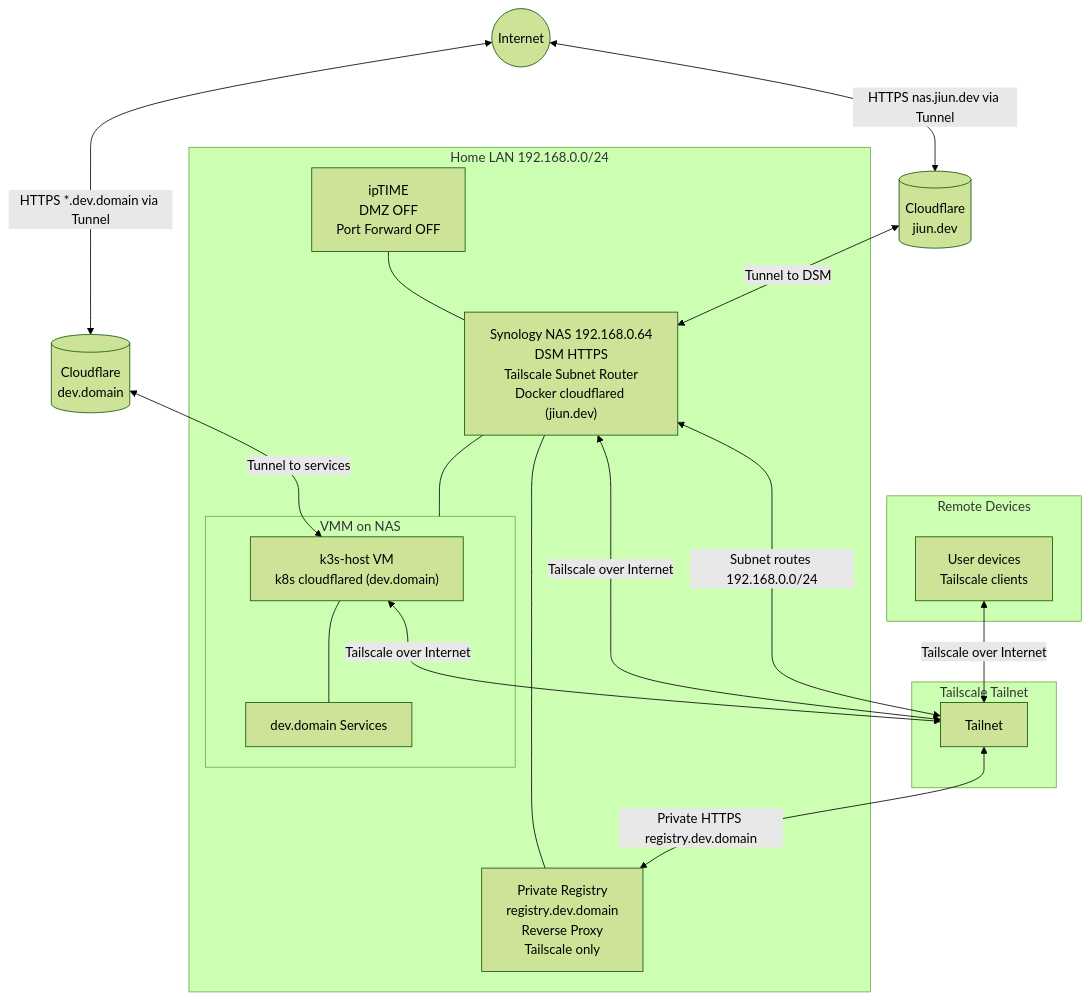
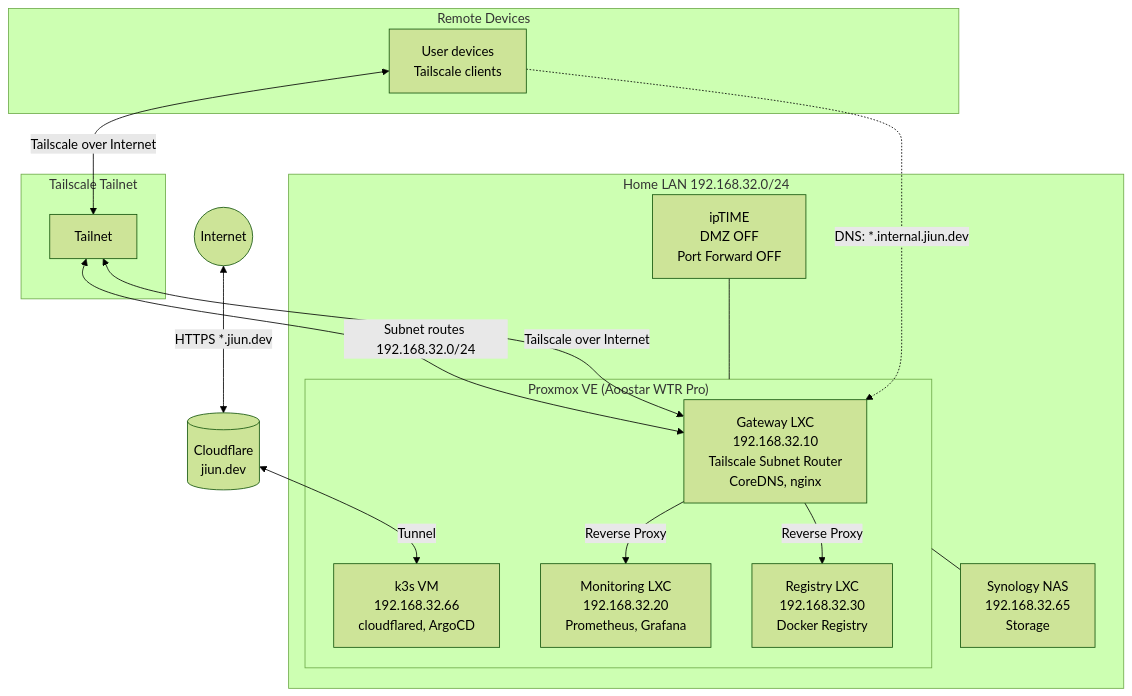
Before and after one commit to jiunbae/jiunbae.github.io: the second of 2 diagrams in contents/posts/2025-12-12-home-dev/index.md, drawn with Mermaid (forest theme). The commit also changed other lines of this file, not shown here.

First line of the commit message:
docs: Home Dev 글 보강 - 현재 구성, Split DNS, 보안 관점

````diff
--- a/contents/posts/2025-12-12-home-dev/index.md
+++ b/contents/posts/2025-12-12-home-dev/index.md
@@ -75,52 +75,51 @@
 ```mermaid
 flowchart TB
   Internet((Internet))
 
-  CF_J[(Cloudflare<br/>jiun.dev)]
-  CF_I[(Cloudflare<br/>dev.domain)]
+  CF[(Cloudflare<br/>jiun.dev)]
 
   subgraph TAILNET["Tailscale Tailnet"]
     TS["Tailnet"]
   end
 
   subgraph DEV["Remote Devices"]
     DEVICES["User devices<br/>Tailscale clients"]
   end
 
-  subgraph HOME["Home LAN 192.168.0.0/24"]
+  subgraph HOME["Home LAN 192.168.32.0/24"]
     IPTIME["ipTIME<br/>DMZ OFF<br/>Port Forward OFF"]
 
-    NAS["Synology NAS 192.168.0.64<br/>DSM HTTPS<br/>Tailscale Subnet Router<br/>Docker cloudflared (jiun.dev)"]
+    subgraph PROXMOX["Proxmox VE (Aoostar WTR Pro)"]
+      GW["Gateway LXC<br/>192.168.32.10<br/>Tailscale Subnet Router<br/>CoreDNS, nginx"]
 
-    REG["Private Registry<br/>registry.dev.domain<br/>Reverse Proxy<br/>Tailscale only"]
+      MON["Monitoring LXC<br/>192.168.32.20<br/>Prometheus, Grafana"]
 
-    subgraph VMM["VMM on NAS"]
-      K3S["k3s-host VM<br/>k8s cloudflared (dev.domain)"]
-      SVC["dev.domain Services"]
-      K3S --- SVC
+      REG["Registry LXC<br/>192.168.32.30<br/>Docker Registry"]
+
+      K3S["k3s VM<br/>192.168.32.66<br/>cloudflared, ArgoCD"]
     end
 
-    IPTIME --- NAS
-    NAS --- REG
-    NAS --- VMM
+    NAS["Synology NAS<br/>192.168.32.65<br/>Storage"]
+
+    IPTIME --- PROXMOX
+    PROXMOX --- NAS
   end
 
-  %% Overlay connectivity (bi-directional shown as single link)
+  %% Overlay connectivity
   DEVICES <-->|Tailscale over Internet| TS
-  NAS <-->|Tailscale over Internet| TS
-  K3S <-->|Tailscale over Internet| TS
+  GW <-->|Tailscale over Internet| TS
 
-  %% Tailnet provides subnet access via NAS
-  TS <-->|Subnet routes 192.168.0.0/24| NAS
+  %% Tailnet provides subnet access via Gateway
+  TS <-->|Subnet routes 192.168.32.0/24| GW
 
-  %% Public tunnels (bi-directional shown as single link)
-  Internet <-->|HTTPS nas.jiun.dev via Tunnel| CF_J
-  CF_J <-->|Tunnel to DSM| NAS
+  %% CoreDNS Split DNS
+  DEVICES -.->|DNS: *.internal.jiun.dev| GW
 
-  Internet <-->|HTTPS *.dev.domain via Tunnel| CF_I
-  CF_I <-->|Tunnel to services| K3S
+  %% Public tunnels
+  Internet <-->|HTTPS *.jiun.dev| CF
+  CF <-->|Tunnel| K3S
 
-  %% Private registry access (bi-directional shown as single link)
-  TS <-->|Private HTTPS registry.dev.domain| REG
-
+  %% Internal reverse proxy
+  GW -->|Reverse Proxy| MON
+  GW -->|Reverse Proxy| REG
 ```
````
